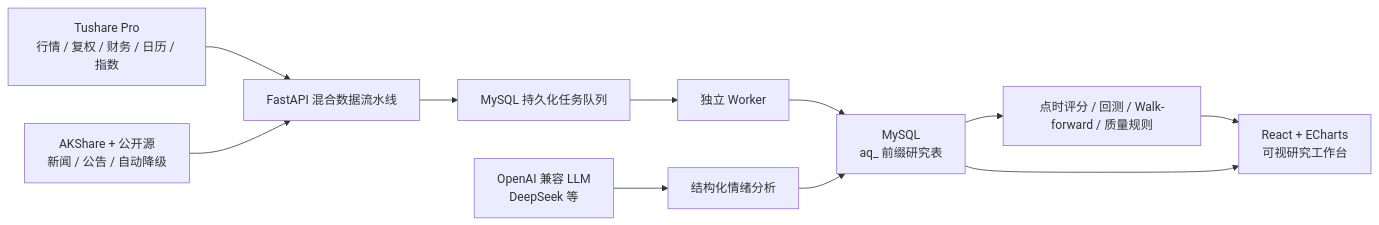
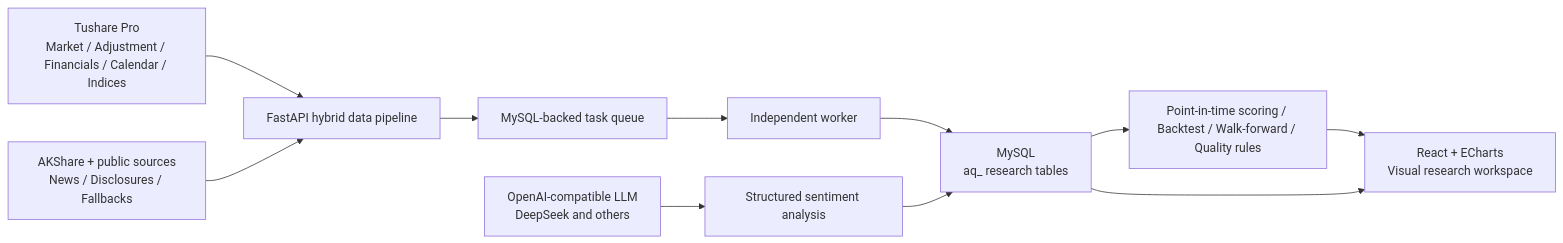
One commit to caibinice/ai-quantitative-trading changed the diagram in README.md. Above: the diagram before and after it, drawn with Mermaid. The commit also changed other lines of this file and 10 other files, not shown here.

````diff
--- a/README.md
+++ b/README.md
@@ -31,13 +58,13 @@
 ```mermaid
 flowchart LR
-    A["Tushare Pro<br/>行情 / 复权 / 财务 / 日历 / 指数"] --> B["FastAPI 混合数据流水线"]
-    J["AKShare + 公开源<br/>新闻 / 公告 / 自动降级"] --> B
-    C["OpenAI 兼容 LLM<br/>DeepSeek 等"] --> D["结构化情绪分析"]
-    B --> H["MySQL 持久化任务队列"]
-    H --> I["独立 Worker"]
-    I --> E["MySQL<br/>aq_ 前缀研究表"]
+    A["Tushare Pro<br/>Market / Adjustment / Financials / Calendar / Indices"] --> B["FastAPI hybrid data pipeline"]
+    J["AKShare + public sources<br/>News / Disclosures / Fallbacks"] --> B
+    C["OpenAI-compatible LLM<br/>DeepSeek and others"] --> D["Structured sentiment analysis"]
+    B --> H["MySQL-backed task queue"]
+    H --> I["Independent worker"]
+    I --> E["MySQL<br/>aq_ research tables"]
     D --> E
-    E --> F["点时评分 / 回测 / Walk-forward / 质量规则"]
-    F --> G["React + ECharts<br/>可视研究工作台"]
+    E --> F["Point-in-time scoring / Backtest / Walk-forward / Quality rules"]
+    F --> G["React + ECharts<br/>Visual research workspace"]
     E --> G
 ```
````
